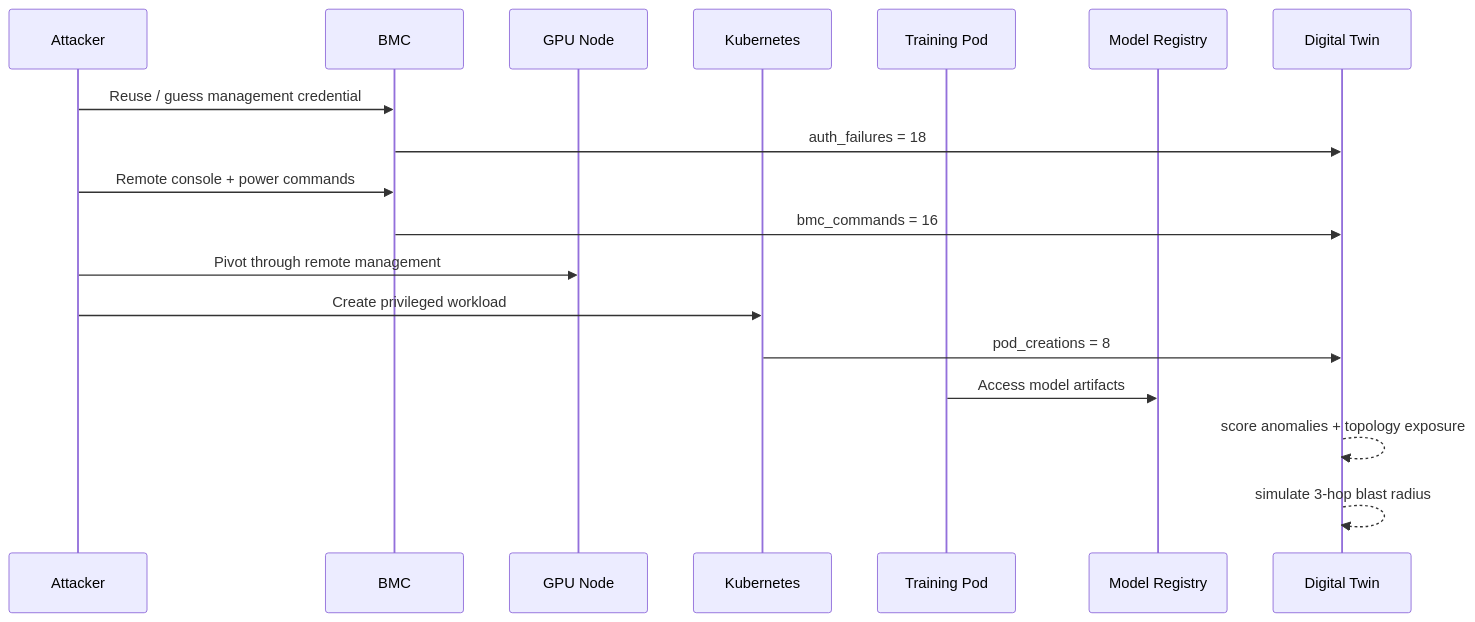
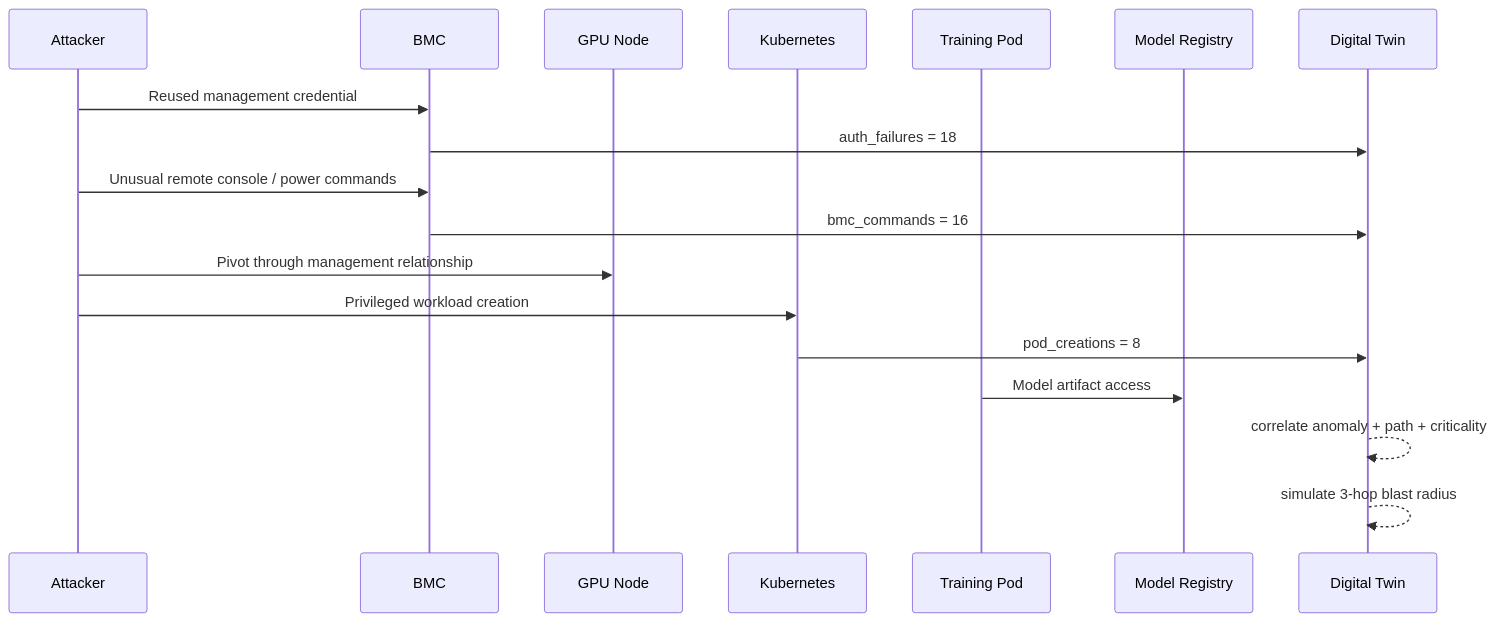
One commit to VinayK88/ai-datacenter-security-digital-twin changed the third of 4 diagrams in README.md. Above: the diagram before and after it, drawn with Mermaid. The commit also changed other lines of this file, not shown here.

````diff
--- a/README.md
+++ b/README.md
@@ -105,21 +150,21 @@
 ```mermaid
 sequenceDiagram
     participant A as Attacker
     participant B as BMC
     participant N as GPU Node
     participant K as Kubernetes
     participant P as Training Pod
     participant M as Model Registry
     participant D as Digital Twin
 
-    A->>B: Reuse / guess management credential
+    A->>B: Reused management credential
     B->>D: auth_failures = 18
-    A->>B: Remote console + power commands
+    A->>B: Unusual remote console / power commands
     B->>D: bmc_commands = 16
-    A->>N: Pivot through remote management
-    A->>K: Create privileged workload
+    A->>N: Pivot through management relationship
+    A->>K: Privileged workload creation
     K->>D: pod_creations = 8
-    P->>M: Access model artifacts
-    D-->>D: score anomalies + topology exposure
+    P->>M: Model artifact access
+    D-->>D: correlate anomaly + path + criticality
     D-->>D: simulate 3-hop blast radius
 ```
````
